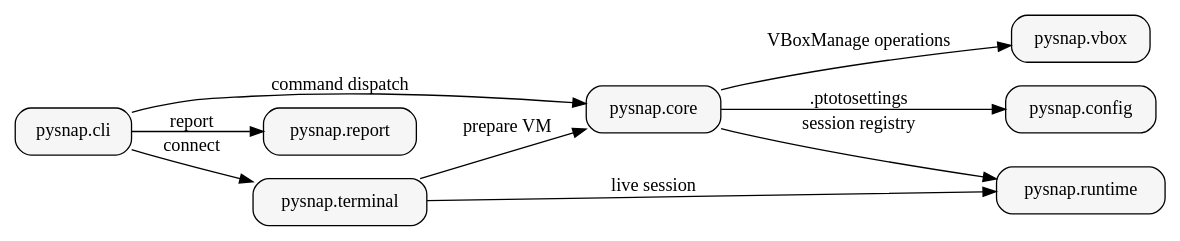
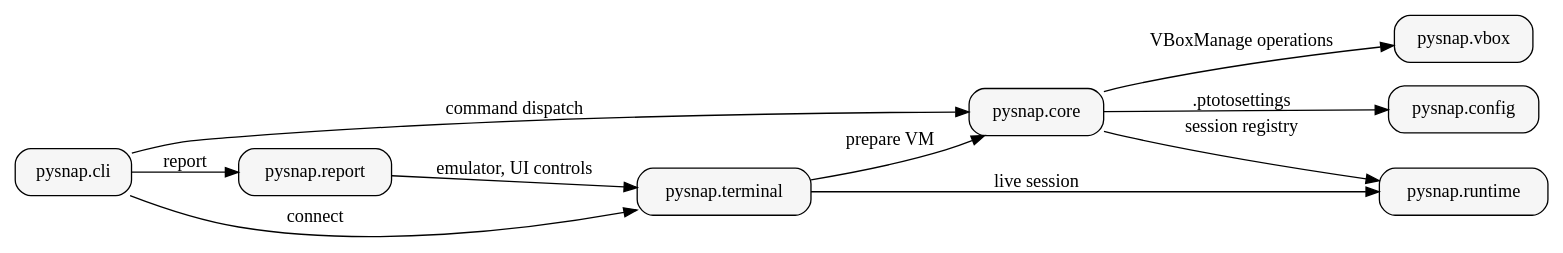
One commit to UsamG1t/NeuroPysnap changed the diagram in docs/architecture.rst. Above: the diagram before and after it, drawn with Graphviz. The commit also changed other lines of this file and 13 other files, not shown here.

```diff
--- a/docs/architecture.rst
+++ b/docs/architecture.rst
@@ -27,24 +28,25 @@
    .. graphviz::
       :caption: High-level relationships between PySnap packages.
 
       digraph package_relationships {
           rankdir=LR;
           node [shape=box, style="rounded,filled", fillcolor="#f6f6f6"];
 
           cli [label="pysnap.cli"];
           config [label="pysnap.config"];
           core [label="pysnap.core"];
           report [label="pysnap.report"];
           runtime [label="pysnap.runtime"];
           terminal [label="pysnap.terminal"];
           vbox [label="pysnap.vbox"];
 
           cli -> core [label="command dispatch"];
           cli -> terminal [label="connect"];
           cli -> report [label="report"];
+          report -> terminal [label="emulator, UI controls"];
           core -> config [label=".ptotosettings"];
           core -> runtime [label="session registry"];
           core -> vbox [label="VBoxManage operations"];
           terminal -> core [label="prepare VM"];
           terminal -> runtime [label="live session"];
       }
```
